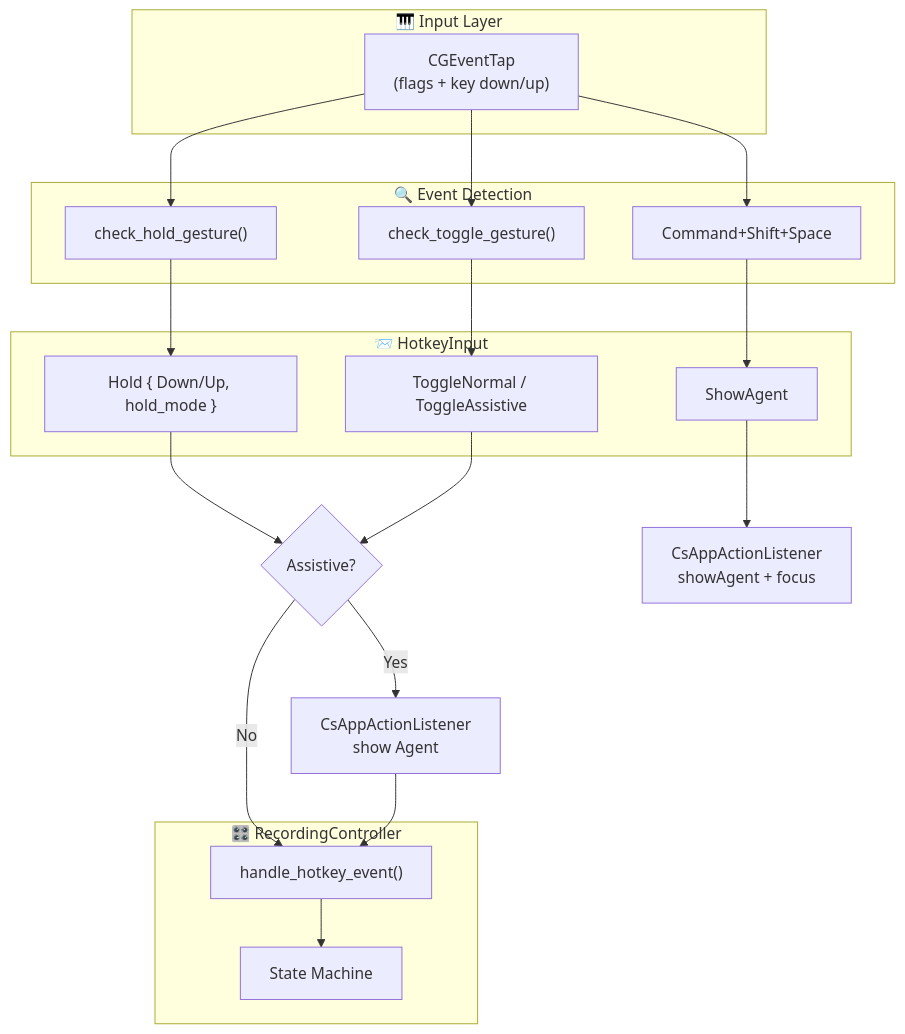
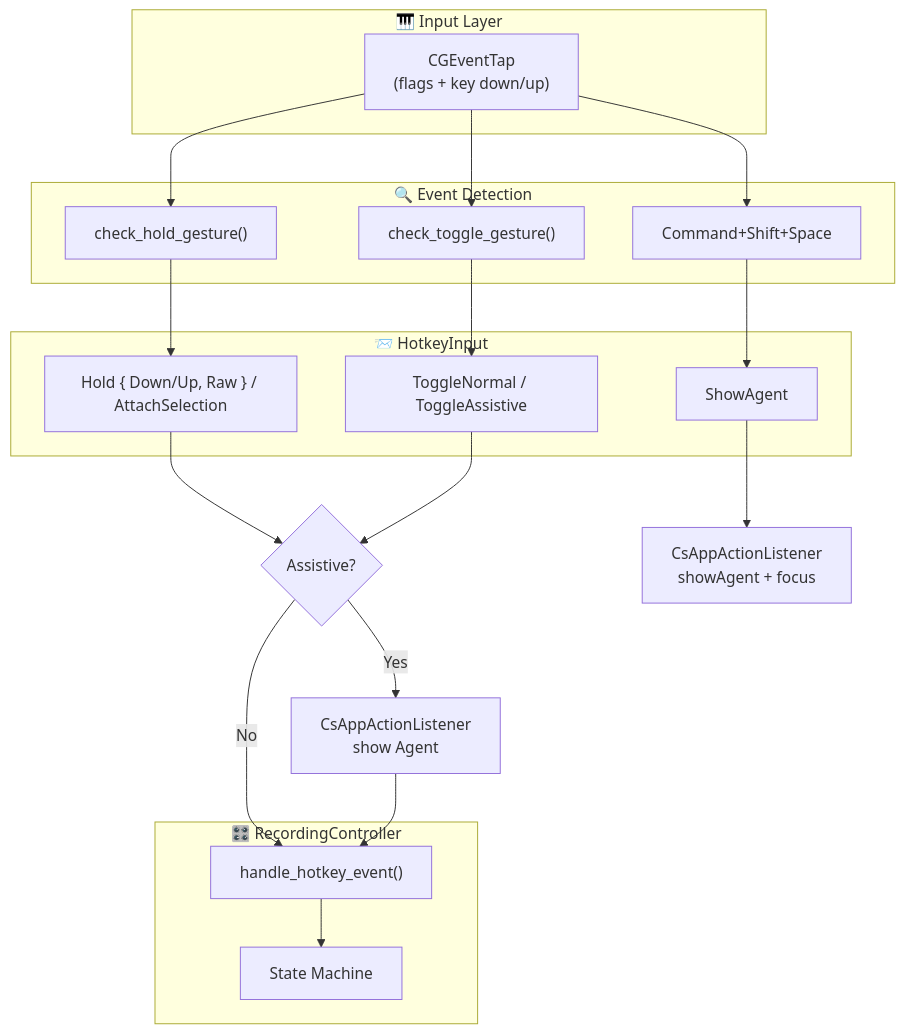
Before and after one commit to vetcoders/codescribe: the first of 6 diagrams in docs/HOTKEYS_CONTRACT.md, drawn with Mermaid. The commit also changed other lines of this file and 8 other files, not shown here.

First line of the commit message:
[grok/vc-hotkeys] mid-hold Shift attaches {selection_N} without Agent

````diff
--- a/docs/HOTKEYS_CONTRACT.md
+++ b/docs/HOTKEYS_CONTRACT.md
@@ -62,38 +62,38 @@
 ```mermaid
 flowchart TB
     subgraph Input["🎹 Input Layer"]
         CGEventTap["CGEventTap<br/>(flags + key down/up)"]
     end
 
     subgraph Detection["🔍 Event Detection"]
         HoldGesture["check_hold_gesture()"]
         ToggleGesture["check_toggle_gesture()"]
         CommandGesture["Command+Shift+Space"]
     end
 
     subgraph Events["📨 HotkeyInput"]
-        HoldEvent["Hold { Down/Up, hold_mode }"]
+        HoldEvent["Hold { Down/Up, Raw } / AttachSelection"]
         ToggleEvent["ToggleNormal / ToggleAssistive"]
         ShowAgent["ShowAgent"]
     end
 
     subgraph Controller["🎛️ RecordingController"]
         Handler["handle_hotkey_event()"]
         StateMachine["State Machine"]
     end
 
     CGEventTap --> HoldGesture
     CGEventTap --> ToggleGesture
     HoldGesture --> HoldEvent
     ToggleGesture --> ToggleEvent
     CGEventTap --> CommandGesture
     CommandGesture --> ShowAgent
     HoldEvent --> AssistiveSplit{"Assistive?"}
     ToggleEvent --> AssistiveSplit
     AssistiveSplit -->|No| Handler
     AssistiveSplit -->|Yes| AgentNotice["CsAppActionListener<br/>show Agent"]
     AgentNotice --> Handler
     ShowAgent --> AppAction["CsAppActionListener<br/>showAgent + focus"]
 
     Handler --> StateMachine
 ```
````
